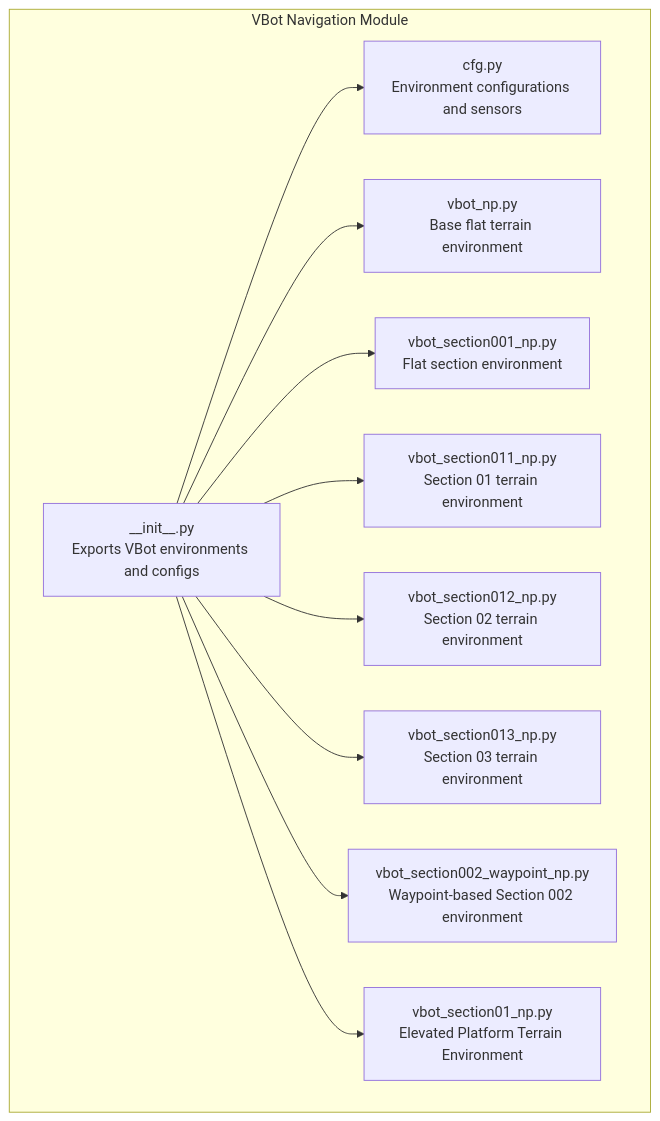
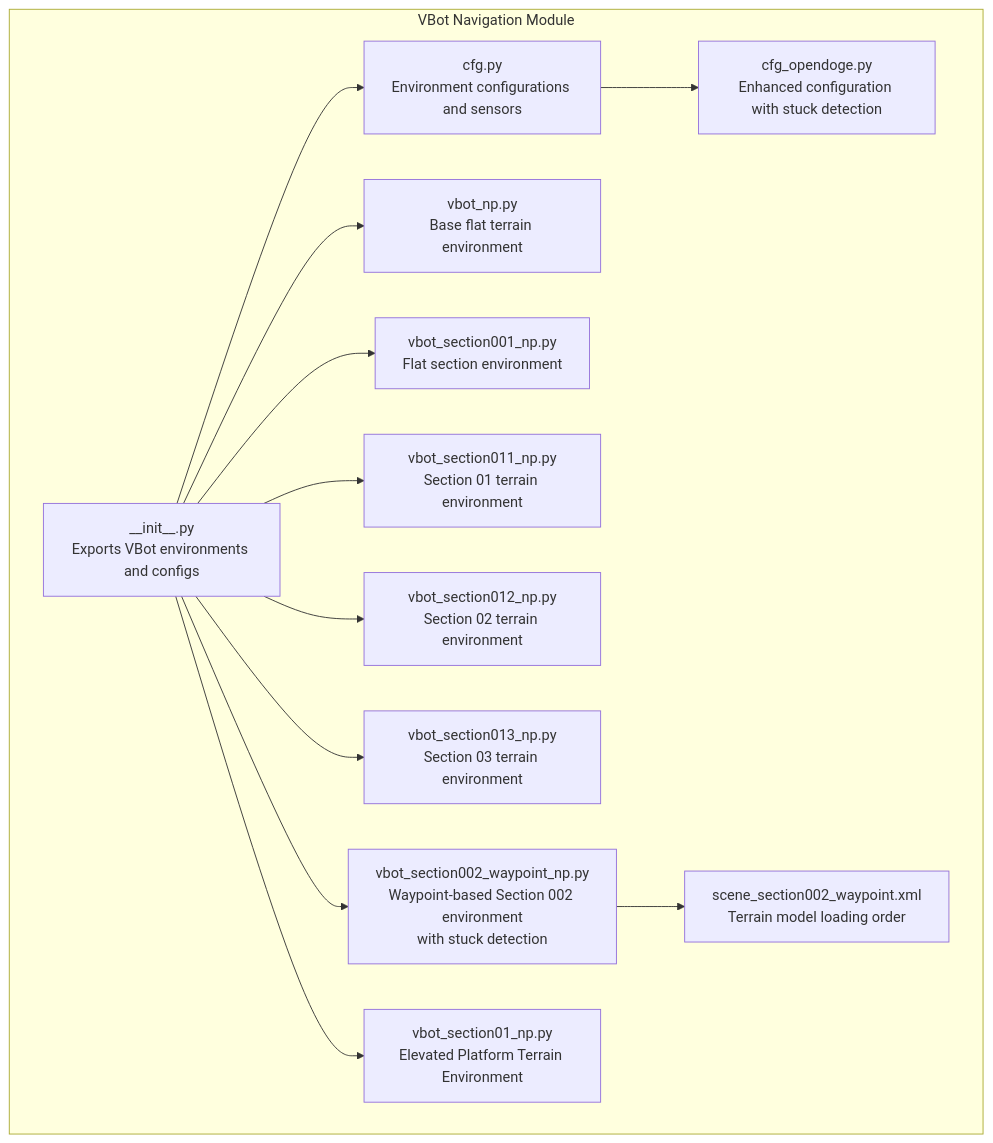
The first of 12 diagrams in .qoder/repowiki/en/content/Navigation Environments/VBot Navigation/VBot Navigation.md (jayjayhust/MotrixLab), drawn with Mermaid before and after one commit. The commit also changed other lines of this file and 8 other files, not shown here.

````diff
--- a/.qoder/repowiki/en/content/Navigation Environments/VBot Navigation/VBot Navigation.md
+++ b/.qoder/repowiki/en/content/Navigation Environments/VBot Navigation/VBot Navigation.md
@@ -58,22 +60,26 @@
 ```mermaid
 graph TB
 subgraph "VBot Navigation Module"
 A["__init__.py<br/>Exports VBot environments and configs"]
 B["cfg.py<br/>Environment configurations and sensors"]
 C["vbot_np.py<br/>Base flat terrain environment"]
 D["vbot_section001_np.py<br/>Flat section environment"]
 E["vbot_section011_np.py<br/>Section 01 terrain environment"]
 F["vbot_section012_np.py<br/>Section 02 terrain environment"]
 G["vbot_section013_np.py<br/>Section 03 terrain environment"]
-H["vbot_section002_waypoint_np.py<br/>Waypoint-based Section 002 environment"]
+H["vbot_section002_waypoint_np.py<br/>Waypoint-based Section 002 environment<br/>with stuck detection"]
 I["vbot_section01_np.py<br/>Elevated Platform Terrain Environment"]
+J["cfg_opendoge.py<br/>Enhanced configuration with stuck detection"]
+K["scene_section002_waypoint.xml<br/>Terrain model loading order"]
 end
 A --> B
 A --> C
 A --> D
 A --> E
 A --> F
 A --> G
 A --> H
 A --> I
+B --> J
+H --> K
 ```
````
